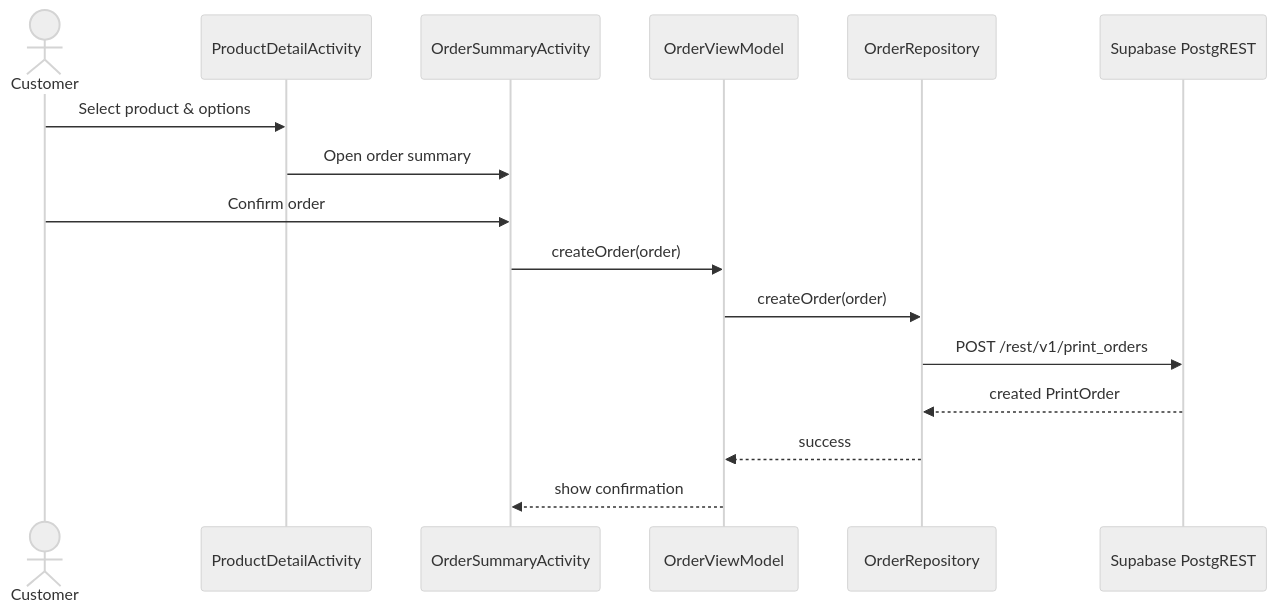
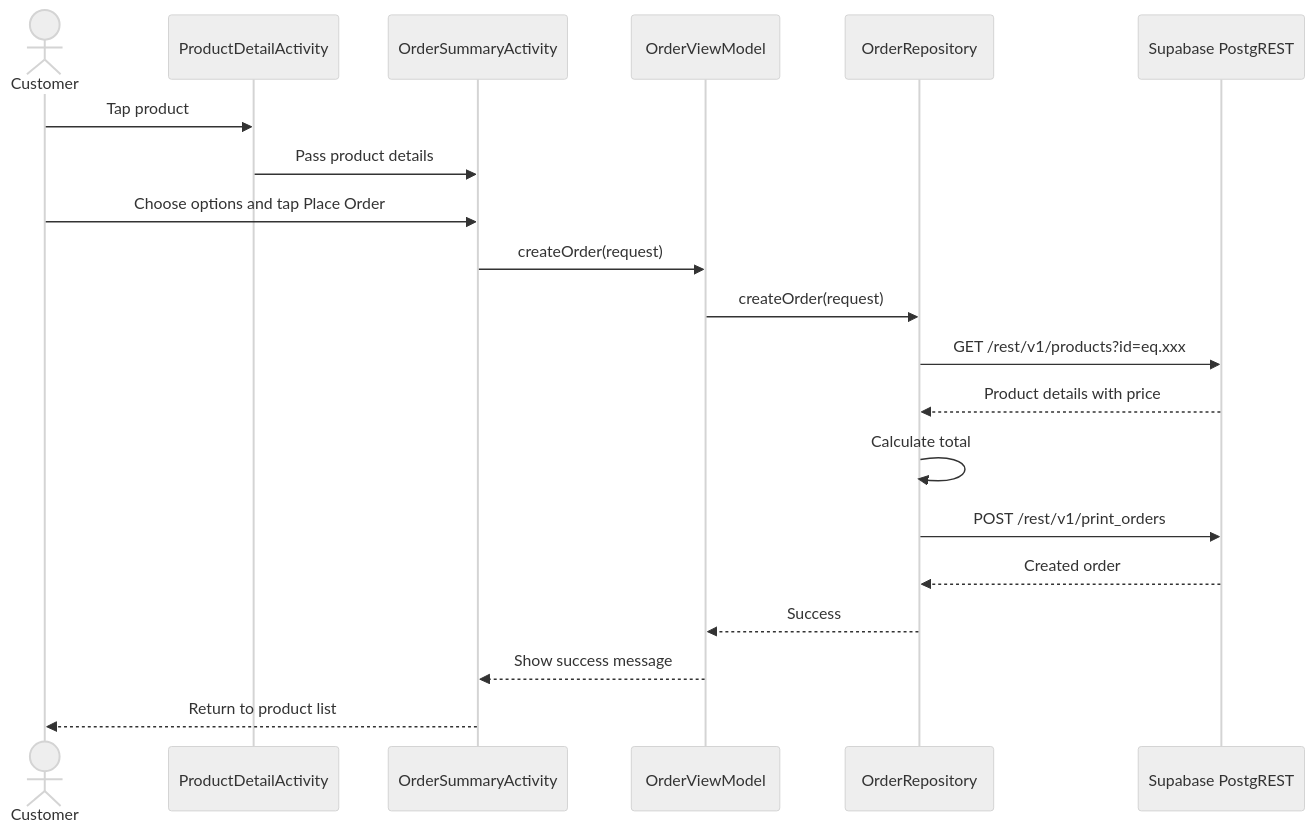
Before and after one commit to Fathima-Asna/ICBT-MAD-Assignment: the eighth of 13 diagrams in README.md, drawn with Mermaid (neutral theme). The commit also changed other lines of this file, not shown here.

Commit message:
docs: update comprehensive README with user manual, UML diagrams and technical docs

````diff
--- a/README.md
+++ b/README.md
@@ -322,19 +698,23 @@
 ```mermaid
 sequenceDiagram
-    actor U as Customer
+    actor C as Customer
     participant PDA as ProductDetailActivity
     participant OSA as OrderSummaryActivity
-    participant VM as OrderViewModel
+    participant V as OrderViewModel
     participant R as OrderRepository
-    participant DATA as Supabase PostgREST
+    participant SD as Supabase PostgREST
 
-    U->>PDA: Select product & options
-    PDA->>OSA: Open order summary
-    U->>OSA: Confirm order
-    OSA->>VM: createOrder(order)
-    VM->>R: createOrder(order)
-    R->>DATA: POST /rest/v1/print_orders
-    DATA-->>R: created PrintOrder
-    R-->>VM: success
-    VM-->>OSA: show confirmation
+    C->>PDA: Tap product
+    PDA->>OSA: Pass product details
+    C->>OSA: Choose options and tap Place Order
+    OSA->>V: createOrder(request)
+    V->>R: createOrder(request)
+    R->>SD: GET /rest/v1/products?id=eq.xxx
+    SD-->>R: Product details with price
+    R->>R: Calculate total
+    R->>SD: POST /rest/v1/print_orders
+    SD-->>R: Created order
+    R-->>V: Success
+    V-->>OSA: Show success message
+    OSA-->>C: Return to product list
 ```
````
